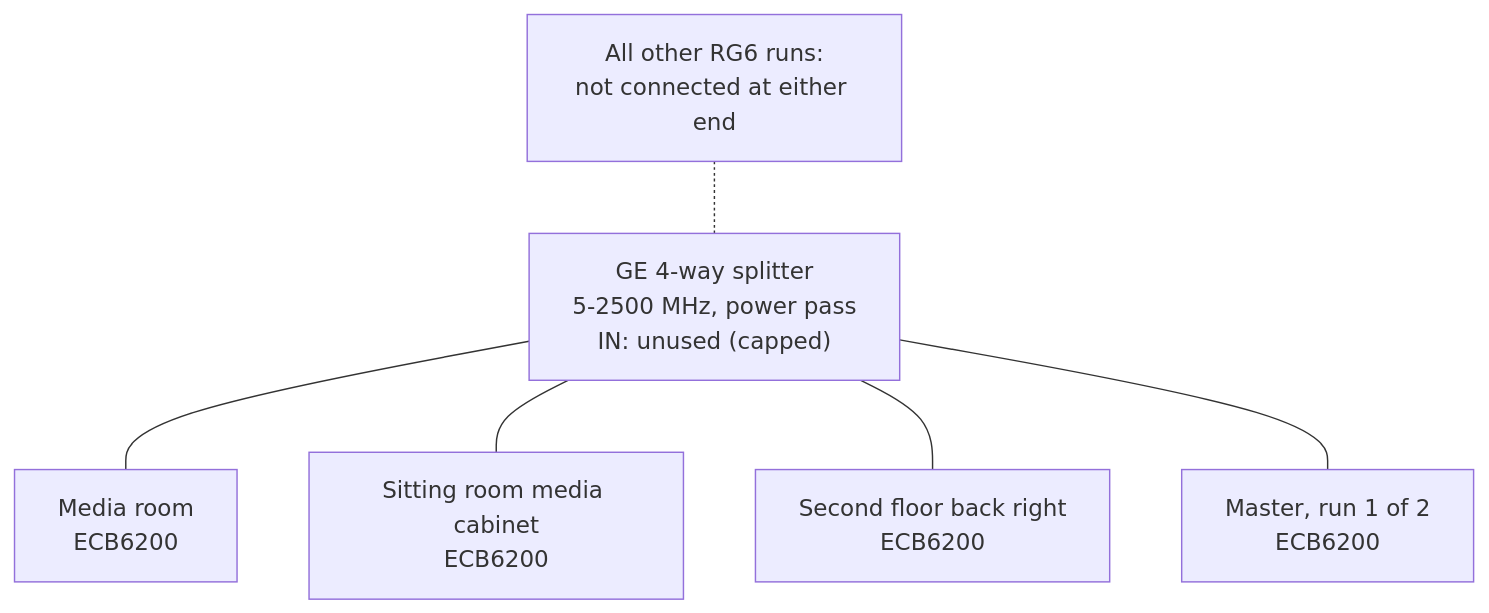
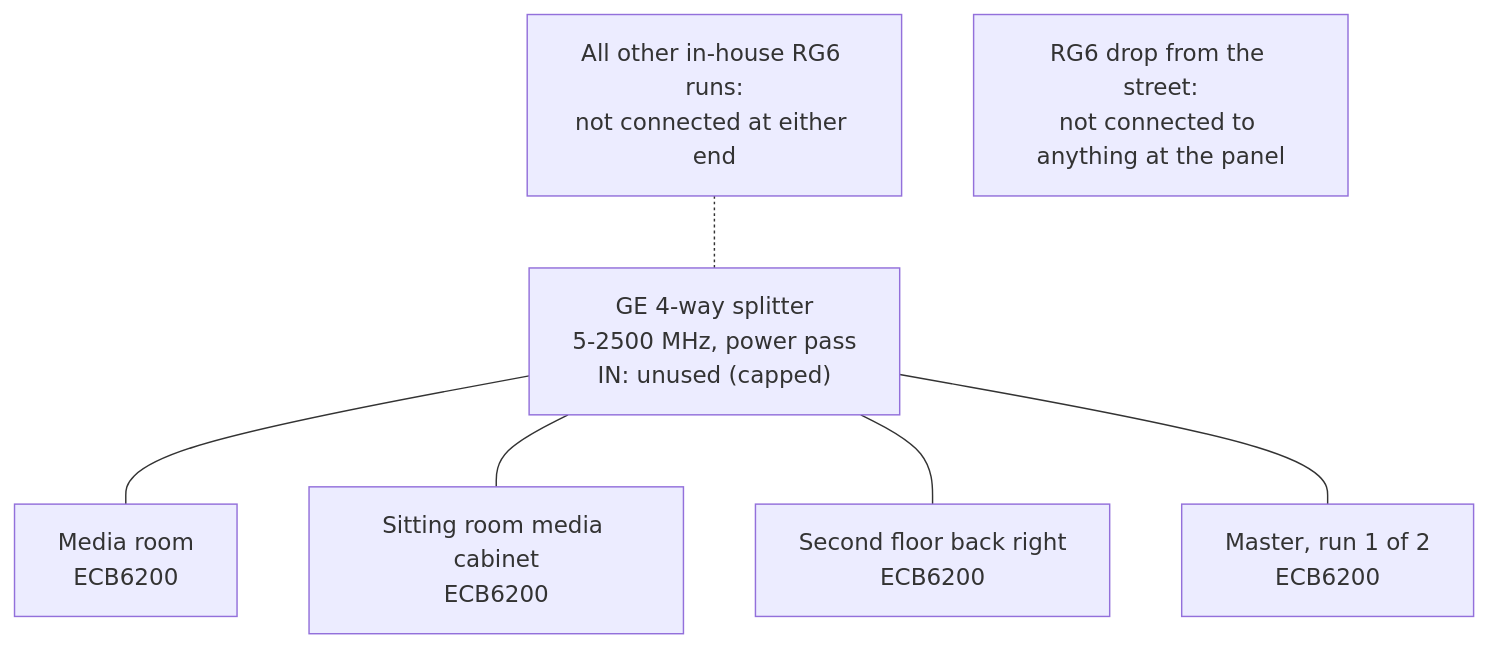
The second of 3 diagrams in docs/01-as-found.md (CosmicCEO/home-network-playbook), drawn with Mermaid before and after one commit. The commit also changed other lines of this file and 1 other file, not shown here.

First line of the commit message:
Document unconnected street RG6 drop

````diff
--- a/docs/01-as-found.md
+++ b/docs/01-as-found.md
@@ -105,9 +105,10 @@
 ```mermaid
 flowchart TB
     SPL["GE 4-way splitter<br/>5-2500 MHz, power pass<br/>IN: unused (capped)"]
     SPL --- L1["Media room<br/>ECB6200"]
     SPL --- L2["Sitting room media cabinet<br/>ECB6200"]
     SPL --- L3["Second floor back right<br/>ECB6200"]
     SPL --- L4["Master, run 1 of 2<br/>ECB6200"]
-    X["All other RG6 runs:<br/>not connected at either end"] -.- SPL
+    X["All other in-house RG6 runs:<br/>not connected at either end"] -.- SPL
+    ST["RG6 drop from the street:<br/>not connected to anything at the panel"]
 ```
````
